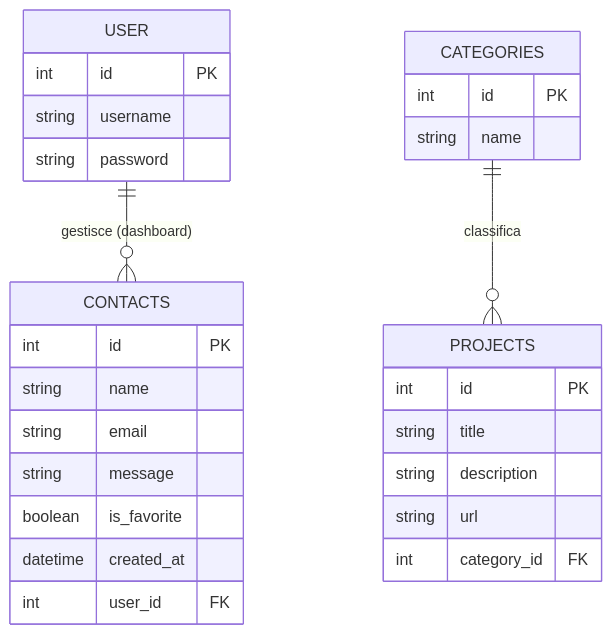
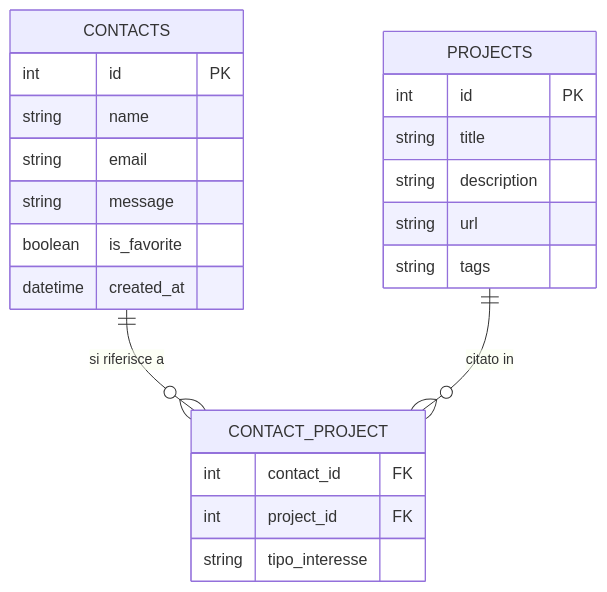
Before and after one commit to simonkolaaa/portfolio-backend: the first of 5 diagrams in docs/DOCUMENTAZIONE.md, drawn with Mermaid. The commit also changed other lines of this file, not shown here.

Commit message:
docs: aggiornamento diagrammi casi d'uso e UML classi per coerenza con il codice

````diff
--- a/docs/DOCUMENTAZIONE.md
+++ b/docs/DOCUMENTAZIONE.md
@@ -59,31 +58,26 @@
 ```mermaid
 erDiagram
-    USER {
-        int id PK
-        string username
-        string password
-    }
     CONTACTS {
         int id PK
         string name
         string email
         string message
         boolean is_favorite
         datetime created_at
-        int user_id FK
     }
     PROJECTS {
         int id PK
         string title
         string description
         string url
-        int category_id FK
+        string tags
     }
-    CATEGORIES {
-        int id PK
-        string name
+    CONTACT_PROJECT {
+        int contact_id FK
+        int project_id FK
+        string tipo_interesse
     }
 
-    USER ||--o{ CONTACTS : "gestisce (dashboard)"
-    CATEGORIES ||--o{ PROJECTS : "classifica"
+    CONTACTS ||--o{ CONTACT_PROJECT : "si riferisce a"
+    PROJECTS ||--o{ CONTACT_PROJECT : "citato in"
 ```
````
